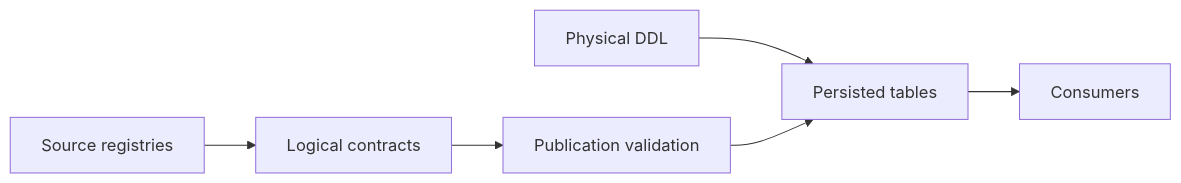
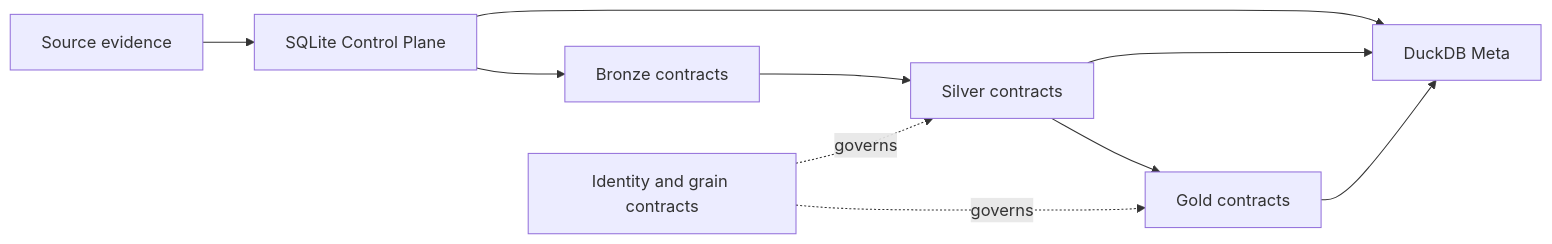
One commit to tks18/personal-finance-etl changed the diagram in docs/reference/README.md. Above: the diagram before and after it, drawn with Mermaid. The commit also changed other lines of this file, not shown here.

````diff
--- a/docs/reference/README.md
+++ b/docs/reference/README.md
@@ -5,8 +7,12 @@
 ```mermaid
 flowchart LR
- R[Source registries] --> C[Logical contracts]
- D[Physical DDL] --> P[Persisted tables]
- C --> V[Publication validation]
- V --> P
- P --> BI[Consumers]
+    SRC[Source evidence] --> CP[SQLite Control Plane]
+    CP --> B[Bronze contracts]
+    B --> S[Silver contracts]
+    S --> G[Gold contracts]
+    CP --> M[DuckDB Meta]
+    S --> M
+    G --> M
+    ID[Identity and grain contracts] -. governs .-> S
+    ID -. governs .-> G
 ```
````
